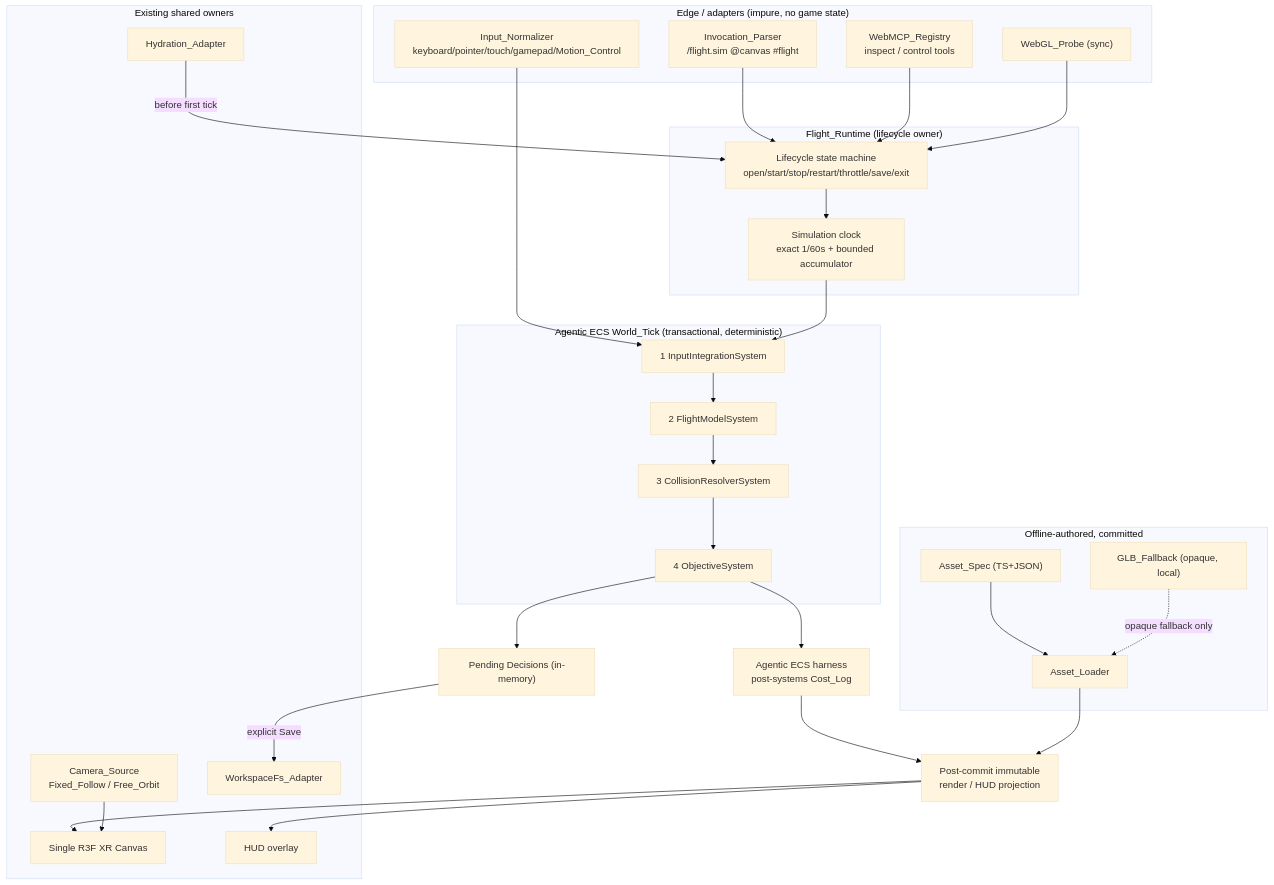
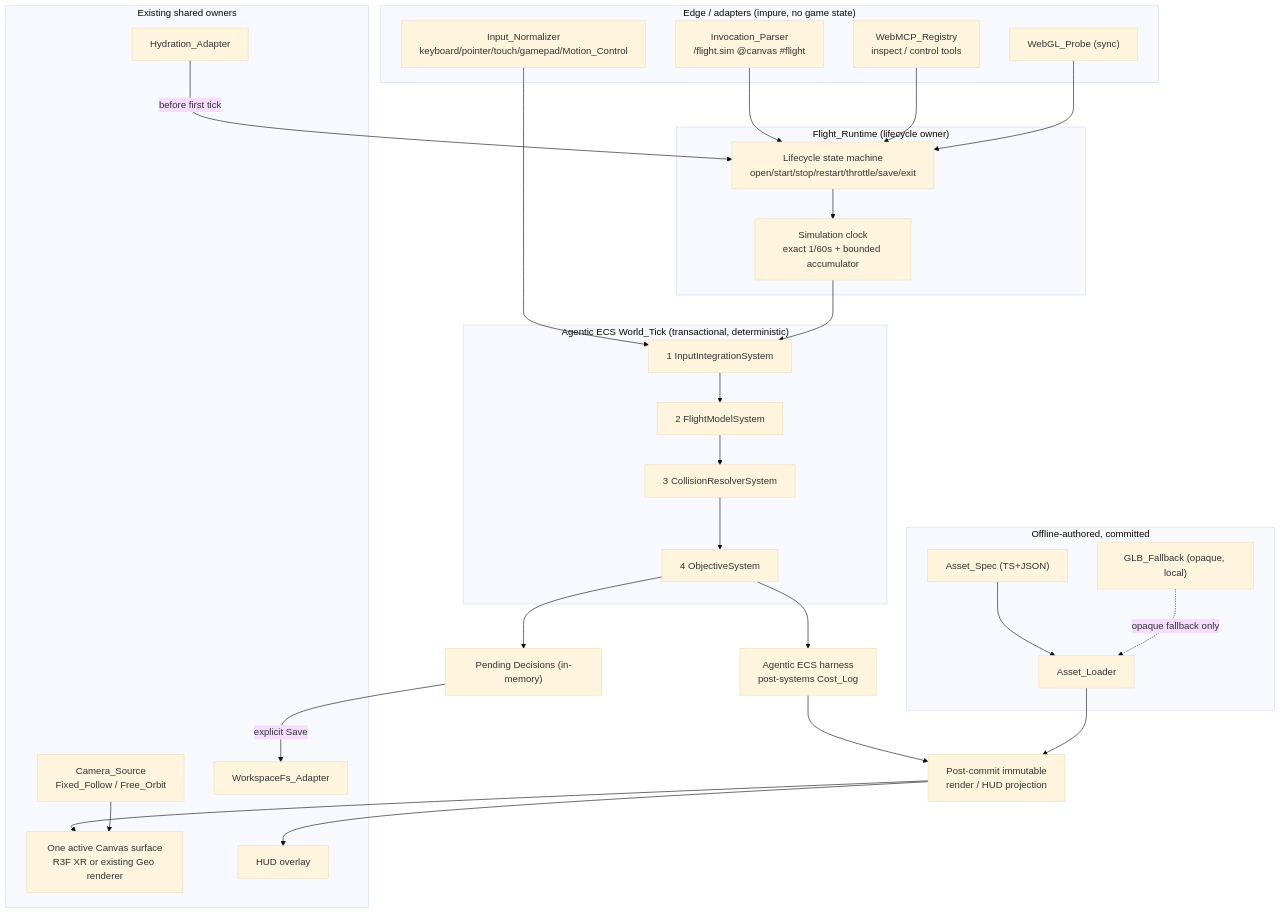
Before and after one commit to huijoohwee/agentic-graph: the diagram in .kiro/specs/knowgrph-game-flight-sim/design.md, drawn with Mermaid (base theme). The commit also changed other lines of this file and 19 other files, not shown here.

Commit message:
fix(flight-sim): overlay flight on geo surface

````diff
--- a/.kiro/specs/knowgrph-game-flight-sim/design.md
+++ b/.kiro/specs/knowgrph-game-flight-sim/design.md
@@ -40,48 +40,48 @@
 ```mermaid
 flowchart TB
   subgraph Edge["Edge / adapters (impure, no game state)"]
     INV["Invocation_Parser\n/flight.sim @canvas #flight"]
     MCP["WebMCP_Registry\ninspect / control tools"]
     INPUT["Input_Normalizer\nkeyboard/pointer/touch/gamepad/Motion_Control"]
     WEBGL["WebGL_Probe (sync)"]
   end
   subgraph Runtime["Flight_Runtime (lifecycle owner)"]
     LIFE["Lifecycle state machine\nopen/start/stop/restart/throttle/save/exit"]
     CLOCK["Simulation clock\nexact 1/60s + bounded accumulator"]
   end
   subgraph ECS["Agentic ECS World_Tick (transactional, deterministic)"]
     SYS1["1 InputIntegrationSystem"]
     SYS2["2 FlightModelSystem"]
     SYS3["3 CollisionResolverSystem"]
     SYS4["4 ObjectiveSystem"]
   end
   COST["Agentic ECS harness\npost-systems Cost_Log"]
   PROJECTION["Post-commit immutable\nrender / HUD projection"]
   subgraph Assets["Offline-authored, committed"]
     LOADER["Asset_Loader"]
     SPEC["Asset_Spec (TS+JSON)"]
     GLB["GLB_Fallback (opaque, local)"]
   end
   subgraph Shared["Existing shared owners"]
-    CANVAS["Single R3F XR Canvas"]
+    CANVAS["One active Canvas surface\nR3F XR or existing Geo renderer"]
     CAM["Camera_Source\nFixed_Follow / Free_Orbit"]
     HUD["HUD overlay"]
     FS["WorkspaceFs_Adapter"]
     HYD["Hydration_Adapter"]
   end
 
   INV --> LIFE
   MCP --> LIFE
   INPUT --> SYS1
   WEBGL --> LIFE
   LIFE --> CLOCK --> SYS1
   SYS1 --> SYS2 --> SYS3 --> SYS4 --> COST --> PROJECTION
   SPEC --> LOADER --> PROJECTION
   GLB -.opaque fallback only.-> LOADER
   PROJECTION --> CANVAS
   CAM --> CANVAS
   PROJECTION --> HUD
   SYS4 --> PENDING["Pending Decisions (in-memory)"]
   PENDING -->|explicit Save| FS
   HYD -->|before first tick| LIFE
 ```
````
